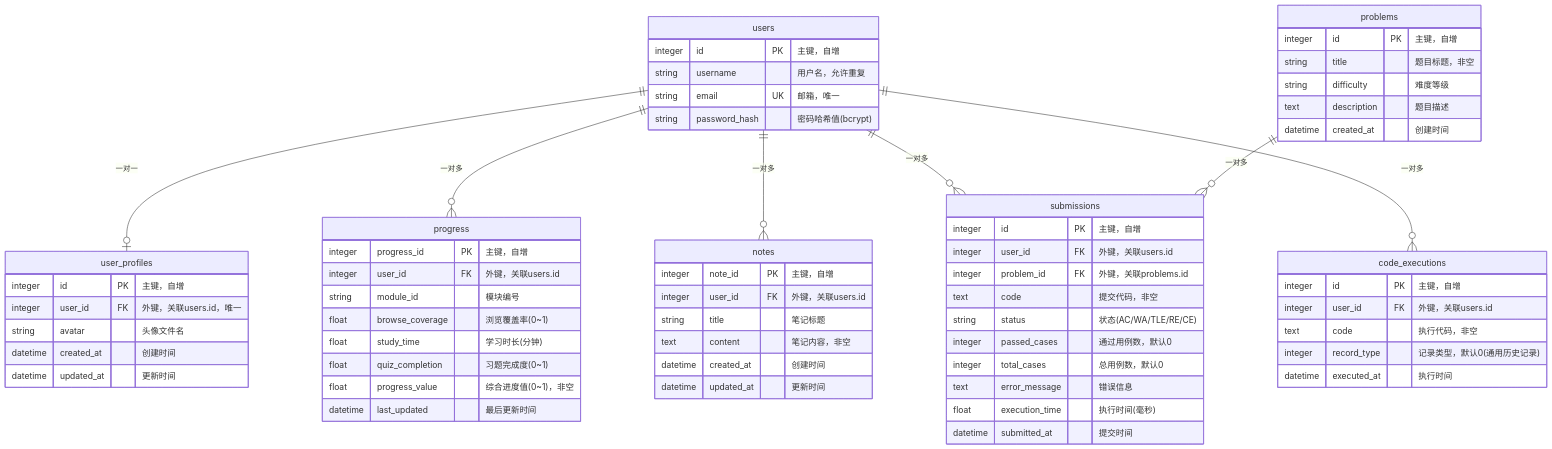
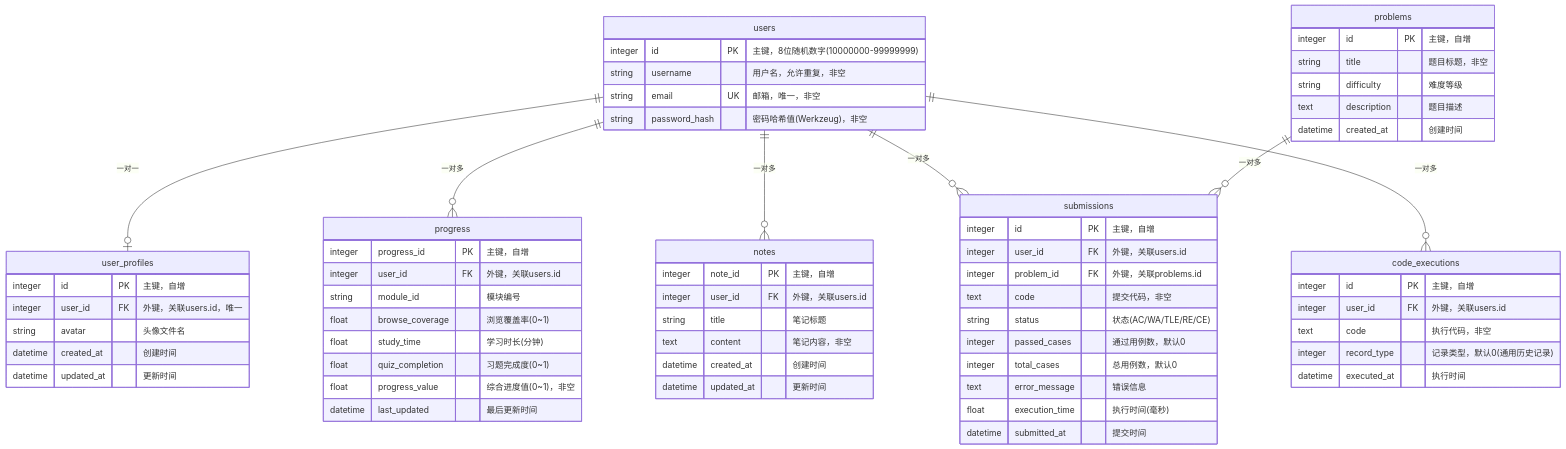
One commit to SE-SUFE-Team/PythonLearnHub changed the diagram in docs/ER图.md. Above: the diagram before and after it, drawn with Mermaid. The commit also changed other lines of this file and 10 other files, not shown here.

````diff
--- a/docs/ER图.md
+++ b/docs/ER图.md
@@ -7,73 +7,73 @@
 ```mermaid
 erDiagram
     users ||--o| user_profiles : "一对一"
     users ||--o{ progress : "一对多"
     users ||--o{ notes : "一对多"
     users ||--o{ submissions : "一对多"
     users ||--o{ code_executions : "一对多"
     problems ||--o{ submissions : "一对多"
 
     users {
-        integer id PK "主键，自增"
-        string username "用户名，允许重复"
-        string email UK "邮箱，唯一"
-        string password_hash "密码哈希值(bcrypt)"
+        integer id PK "主键，8位随机数字(10000000-99999999)"
+        string username "用户名，允许重复，非空"
+        string email UK "邮箱，唯一，非空"
+        string password_hash "密码哈希值(Werkzeug)，非空"
     }
 
     user_profiles {
         integer id PK "主键，自增"
         integer user_id FK "外键，关联users.id，唯一"
         string avatar "头像文件名"
         datetime created_at "创建时间"
         datetime updated_at "更新时间"
     }
 
     progress {
         integer progress_id PK "主键，自增"
         integer user_id FK "外键，关联users.id"
         string module_id "模块编号"
         float browse_coverage "浏览覆盖率(0~1)"
         float study_time "学习时长(分钟)"
         float quiz_completion "习题完成度(0~1)"
         float progress_value "综合进度值(0~1)，非空"
         datetime last_updated "最后更新时间"
     }
 
     notes {
         integer note_id PK "主键，自增"
         integer user_id FK "外键，关联users.id"
         string title "笔记标题"
         text content "笔记内容，非空"
         datetime created_at "创建时间"
         datetime updated_at "更新时间"
     }
 
     problems {
         integer id PK "主键，自增"
         string title "题目标题，非空"
         string difficulty "难度等级"
         text description "题目描述"
         datetime created_at "创建时间"
     }
 
     submissions {
         integer id PK "主键，自增"
         integer user_id FK "外键，关联users.id"
         integer problem_id FK "外键，关联problems.id"
         text code "提交代码，非空"
         string status "状态(AC/WA/TLE/RE/CE)"
         integer passed_cases "通过用例数，默认0"
         integer total_cases "总用例数，默认0"
         text error_message "错误信息"
         float execution_time "执行时间(毫秒)"
         datetime submitted_at "提交时间"
     }
 
     code_executions {
         integer id PK "主键，自增"
         integer user_id FK "外键，关联users.id"
         text code "执行代码，非空"
         integer record_type "记录类型，默认0(通用历史记录)"
         datetime executed_at "执行时间"
     }
 ```
````
